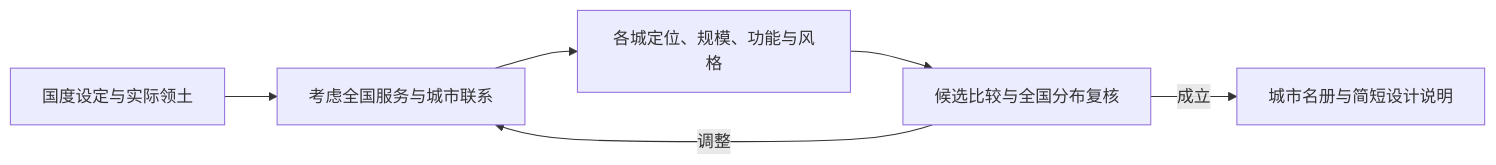
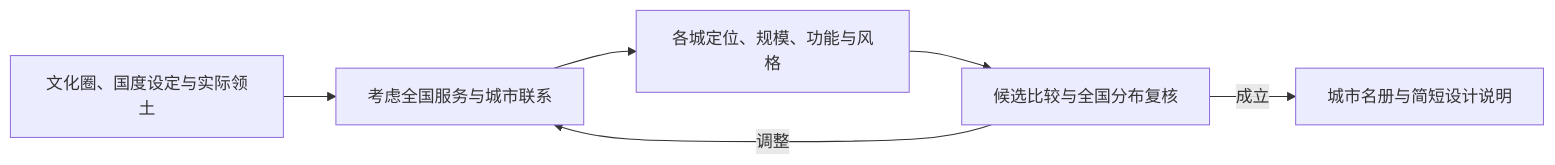
One commit to RinsingEL/designer_territoryMod changed the diagram in docs/systems/realm_planning/10_product/案子/国度与城市设计正式接入/02_全国城市.md. Above: the diagram before and after it, drawn with Mermaid. The commit also changed other lines of this file and 5 other files, not shown here.

````diff
--- a/docs/systems/realm_planning/10_product/案子/国度与城市设计正式接入/02_全国城市.md
+++ b/docs/systems/realm_planning/10_product/案子/国度与城市设计正式接入/02_全国城市.md
@@ -5,8 +5,8 @@
 ```mermaid
 flowchart LR
-  A[国度设定与实际领土] --> B[考虑全国服务与城市联系]
+  A[文化圈、国度设定与实际领土] --> B[考虑全国服务与城市联系]
   B --> C[各城定位、规模、功能与风格]
   C --> D[候选比较与全国分布复核]
   D -->|调整| B
   D -->|成立| E[城市名册与简短设计说明]
 ```
````
